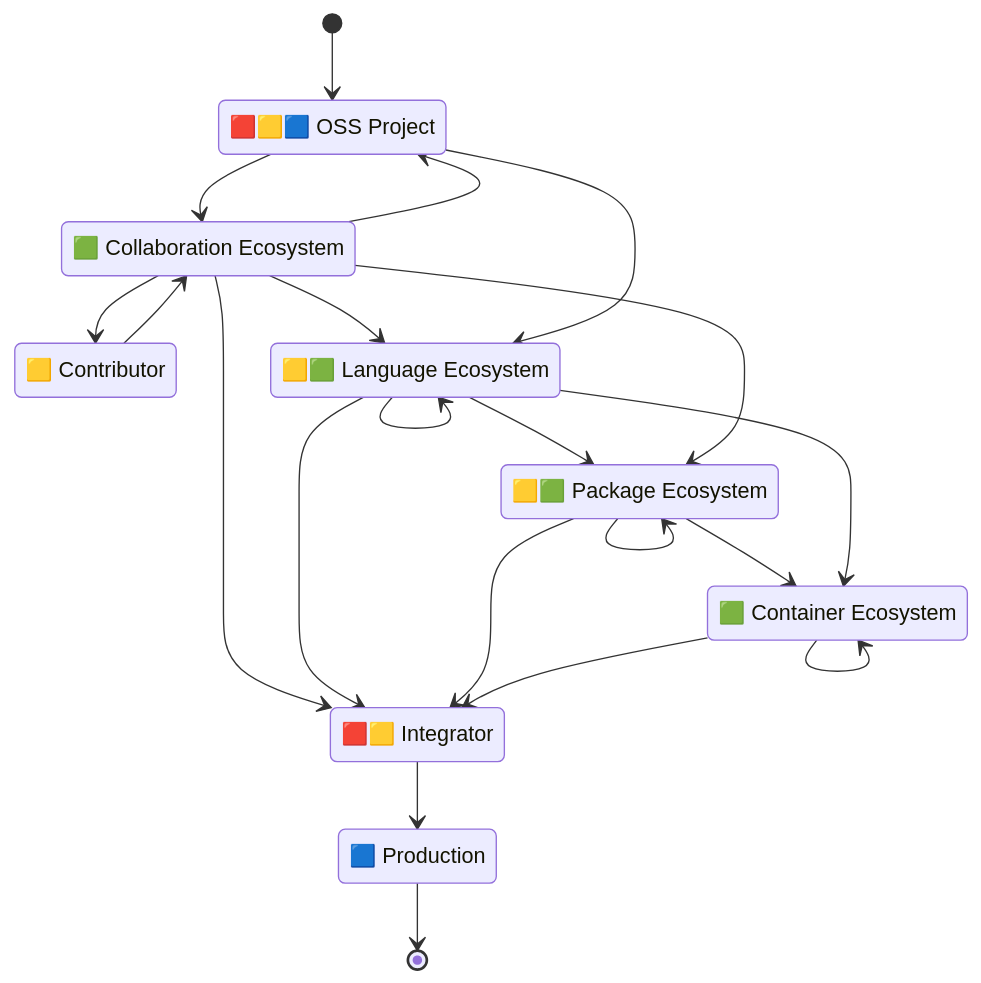
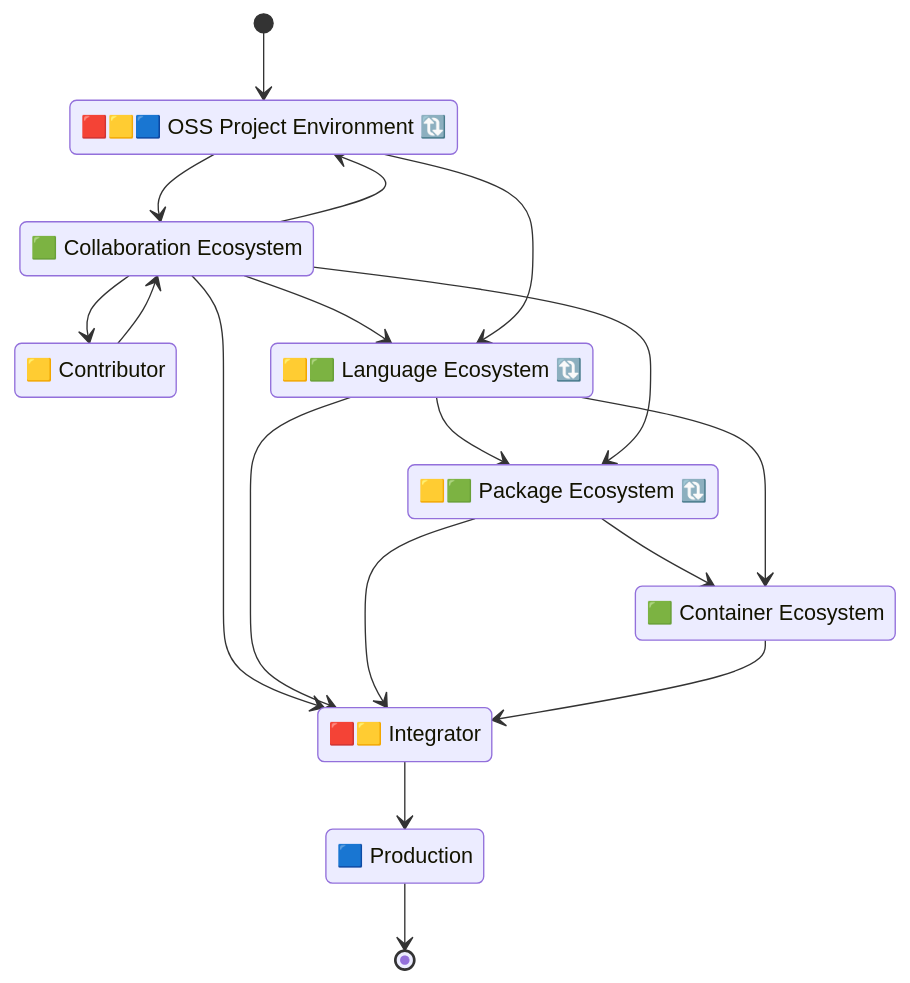
One commit to CPAN-Security/security.metacpan.org changed the first of 5 diagrams in docs/supplychain-sbom.md. Above: the diagram before and after it, drawn with Mermaid. The commit also changed other lines of this file, not shown here.

Commit message:
Replace self-references in graphs with a 🔃

````diff
--- a/docs/supplychain-sbom.md
+++ b/docs/supplychain-sbom.md
@@ -57,37 +57,37 @@
 ```mermaid
 stateDiagram-v2
     direction TB
 
-    state "🟥🟨🟦 OSS Project" as environment_project
+    state "🟥&zwj;🟨&zwj;🟦&nbsp;OSS&nbsp;Project&nbsp;Environment&nbsp;🔃" as environment_project
     state "🟨 Contributor" as environment_contributor
     state "🟩&nbsp;Collaboration&nbsp;Ecosystem" as ecosystem_forge
-    state "🟨🟩 Language Ecosystem" as ecosystem_lang
-    state "🟨🟩 Package Ecosystem" as ecosystem_package
+    state "🟨&zwj;🟩&nbsp;Language&nbsp;Ecosystem&nbsp;🔃" as ecosystem_lang
+    state "🟨&zwj;🟩&nbsp;Package&nbsp;Ecosystem&nbsp;🔃" as ecosystem_package
     state "🟩 Container Ecosystem" as ecosystem_container
     state "🟥🟨 Integrator" as environment_integrator
     state "🟦 Production" as environment_prod
 
     [*]                      --> environment_project
     ecosystem_forge          --> environment_project
     ecosystem_forge          --> environment_contributor
     ecosystem_forge          --> ecosystem_lang
     environment_project      --> ecosystem_forge
     environment_project      --> ecosystem_lang
     environment_contributor  --> ecosystem_forge
     ecosystem_lang           --> ecosystem_package
     ecosystem_forge          --> ecosystem_package
-    ecosystem_package        --> ecosystem_package
-    ecosystem_lang           --> ecosystem_lang
+    %%ecosystem_package        --> ecosystem_package
+    %%ecosystem_lang           --> ecosystem_lang
     ecosystem_package        --> ecosystem_container
-    ecosystem_container      --> ecosystem_container
+    %%ecosystem_container      --> ecosystem_container
     ecosystem_forge          --> environment_integrator
     ecosystem_lang           --> environment_integrator
     ecosystem_lang           --> ecosystem_container
     ecosystem_package        --> environment_integrator
     ecosystem_container      --> environment_integrator
     environment_integrator   --> environment_prod
     environment_prod         --> [*]
 
     %% Copyright © 2024 Salve J. Nilsen <sjn@oslo.pm>
     %% Some rights reserved. Licensed CC-BY-SA-4.0
 ```
````
